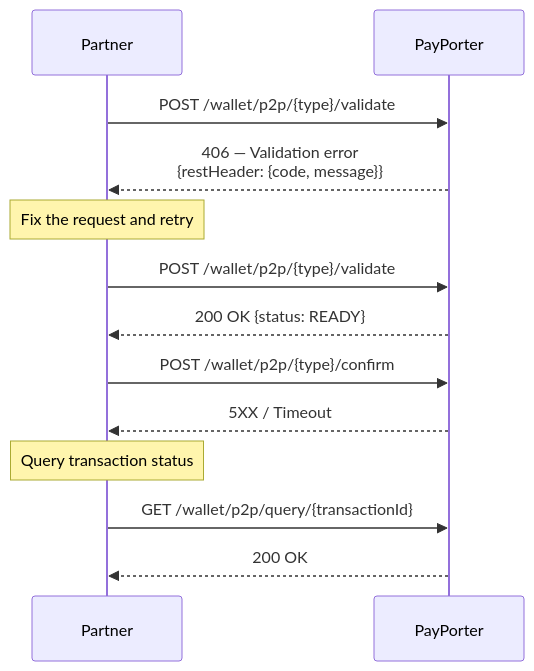
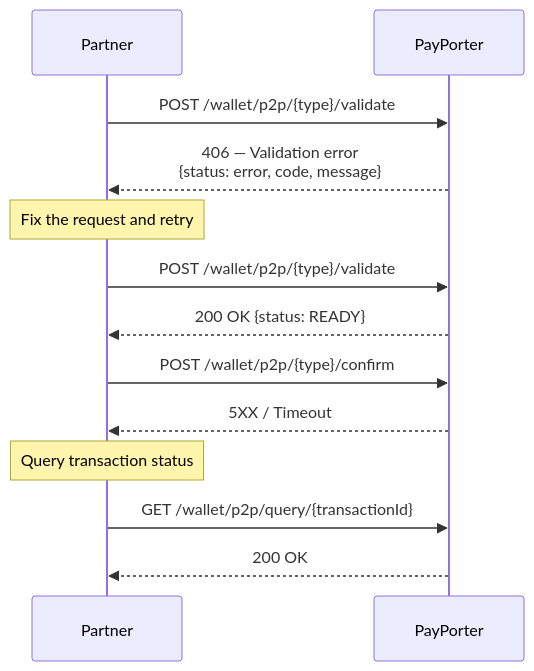
Before and after one commit to commitup/api-doc-v2: the second of 2 diagrams in docs/whitelabel-wallet-v2/flow-diagrams.md, drawn with Mermaid. The commit also changed other lines of this file and 28 other files, not shown here.

````diff
--- a/docs/whitelabel-wallet-v2/flow-diagrams.md
+++ b/docs/whitelabel-wallet-v2/flow-diagrams.md
@@ -39,17 +39,17 @@
 ```mermaid
 sequenceDiagram
     participant Partner
     participant PayPorter
 
     Partner->>PayPorter: POST /wallet/p2p/{type}/validate
-    PayPorter-->>Partner: 406 — Validation error<br/>{restHeader: {code, message}}
+    PayPorter-->>Partner: 406 — Validation error<br/>{status: error, code, message}
     Note over Partner: Fix the request and retry
 
     Partner->>PayPorter: POST /wallet/p2p/{type}/validate
     PayPorter-->>Partner: 200 OK {status: READY}
     Partner->>PayPorter: POST /wallet/p2p/{type}/confirm
     PayPorter-->>Partner: 5XX / Timeout
     Note over Partner: Query transaction status
     Partner->>PayPorter: GET /wallet/p2p/query/{transactionId}
     PayPorter-->>Partner: 200 OK
 ```
````
